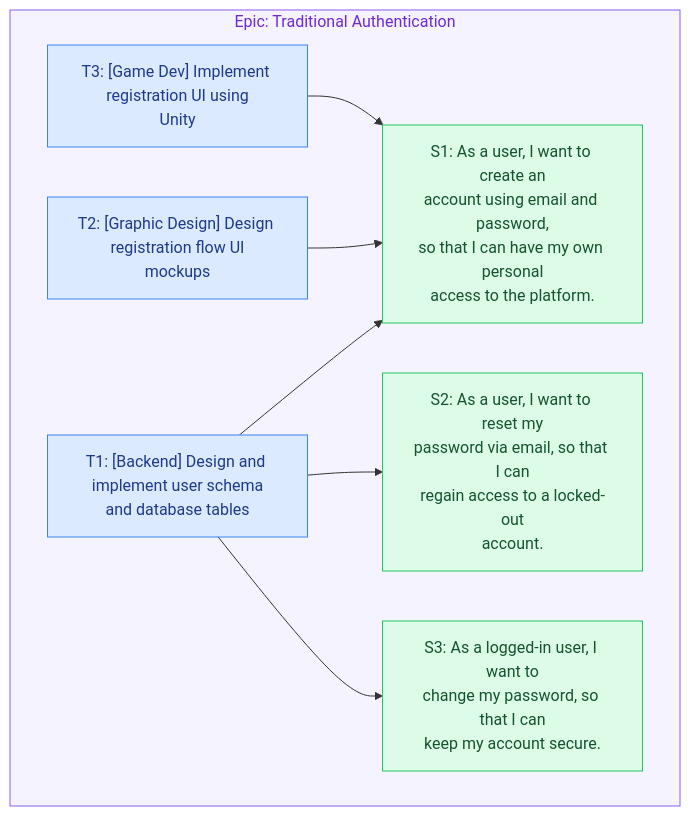
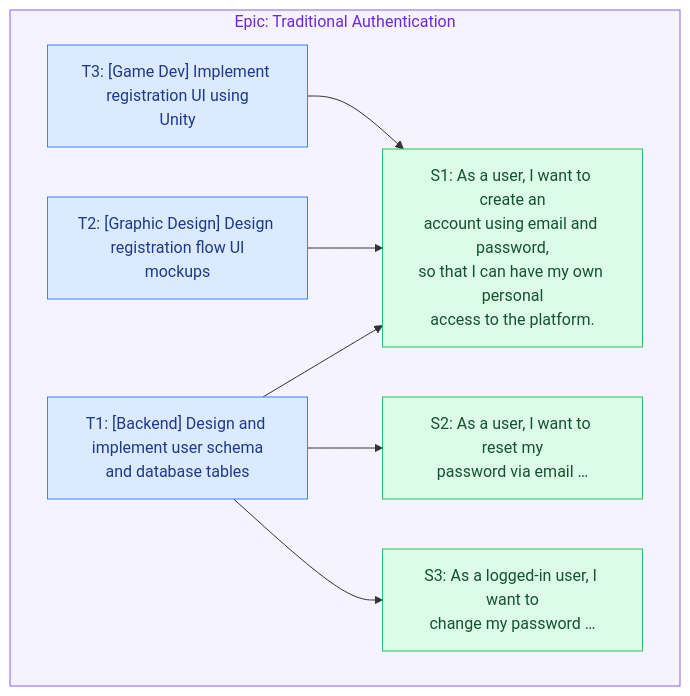
The diagram in skills/groomie/references/examples.md (mfozmen/groomie), drawn with Mermaid before and after one commit. The commit also changed other lines of this file, not shown here.

First line of the commit message:
docs(groomie): source the diagram's S2/S3 labels verbatim, not invented

````diff
--- a/skills/groomie/references/examples.md
+++ b/skills/groomie/references/examples.md
@@ -213,21 +214,21 @@
 ```mermaid
 flowchart TD
   subgraph epic1["Epic: Traditional Authentication"]
     S1["S1: As a user, I want to create an<br/>account using email and password,<br/>so that I can have my own personal<br/>access to the platform."]
-    S2["S2: As a user, I want to reset my<br/>password via email, so that I can<br/>regain access to a locked-out<br/>account."]
-    S3["S3: As a logged-in user, I want to<br/>change my password, so that I can<br/>keep my account secure."]
+    S2["S2: As a user, I want to reset my<br/>password via email …"]
+    S3["S3: As a logged-in user, I want to<br/>change my password …"]
     T1["T1: [Backend] Design and implement user schema<br/>and database tables"]
     T2["T2: [Graphic Design] Design registration flow UI<br/>mockups"]
     T3["T3: [Game Dev] Implement registration UI using<br/>Unity"]
   end
   T1 --> S1
   T1 --> S2
   T1 --> S3
   T2 --> S1
   T3 --> S1
   classDef story fill:#dcfce7,stroke:#22c55e,color:#14532d;
   classDef task  fill:#dbeafe,stroke:#3b82f6,color:#1e3a8a;
   class S1,S2,S3 story;
   class T1,T2,T3 task;
   style epic1 fill:#f5f3ff,stroke:#8b5cf6,color:#6d28d9;
 ```
````
